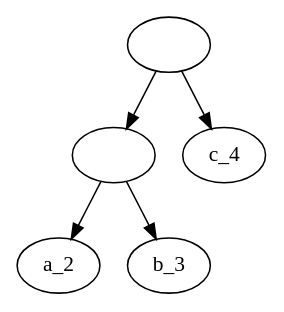
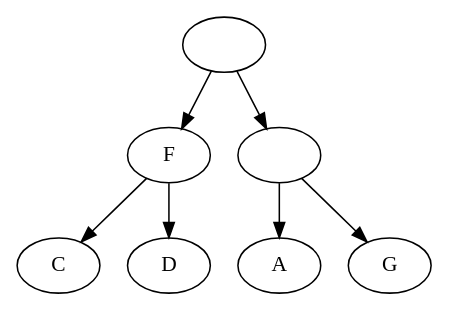
Before and after one commit to iharnoor/PhylogeneticsWebsite: the diagram in ParsingTxt/ParentheticalToDot/converted.dot, drawn with Graphviz. The commit also changed 17 other files, not shown here.

```diff
--- a/ParsingTxt/ParentheticalToDot/converted.dot
+++ b/ParsingTxt/ParentheticalToDot/converted.dot
@@ -1,11 +1,15 @@
 digraph G {
-id5[label=""];
-id3[label=""];
-id1[label="a_2"];
+id7[label=""];
+id3[label="F"];
+id1[label="C"];
 id3 ->  id1
-id2[label="b_3"];
+id2[label="D"];
 id3 ->  id2
-id5 ->  id3
-id4[label="c_4"];
-id5 ->  id4
+id7 ->  id3
+id6[label=""];
+id4[label="A"];
+id6 ->  id4
+id5[label="G"];
+id6 ->  id5
+id7 ->  id6
 }
```
